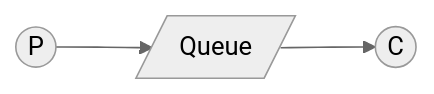
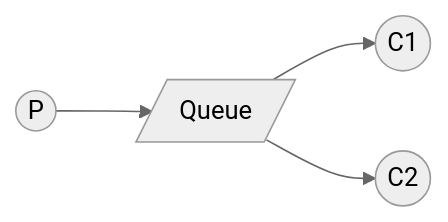
Before and after one commit to antoniomarcossouza/DCC064: the diagram in README.md, drawn with Mermaid (neutral theme).

Commit message:
arquitetura com 2 consumidores

````diff
--- a/README.md
+++ b/README.md
@@ -5,9 +5,11 @@
 ```mermaid
 flowchart LR
     A((P))
     B[/Queue/]
-    C((C))
+    C((C1))
+    D((C2))
 
     A --> B
     B --> C
+    B --> D
 ```
````
